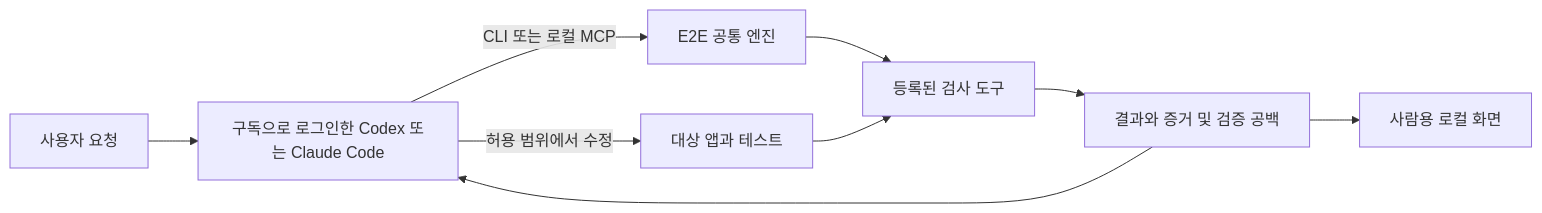
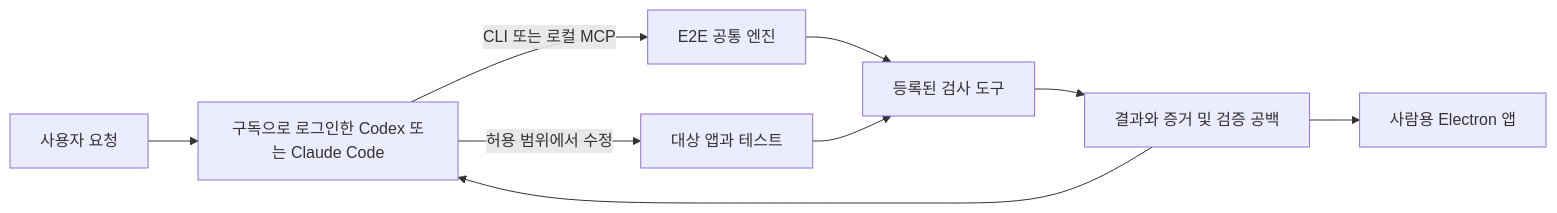
One commit to yeunlee1/checkmate changed the diagram in 문서/구독형에이아이협업설계.md. Above: the diagram before and after it, drawn with Mermaid. The commit also changed other lines of this file and 3 other files, not shown here.

````diff
--- a/문서/구독형에이아이협업설계.md
+++ b/문서/구독형에이아이협업설계.md
@@ -7,11 +7,11 @@
 ```mermaid
 flowchart LR
     U[사용자 요청] --> A[구독으로 로그인한 Codex 또는 Claude Code]
     A -->|CLI 또는 로컬 MCP| E[E2E 공통 엔진]
     E --> T[등록된 검사 도구]
     T --> R[결과와 증거 및 검증 공백]
     R --> A
     A -->|허용 범위에서 수정| P[대상 앱과 테스트]
     P --> T
-    R --> H[사람용 로컬 화면]
+    R --> H[사람용 Electron 앱]
 ```
````
